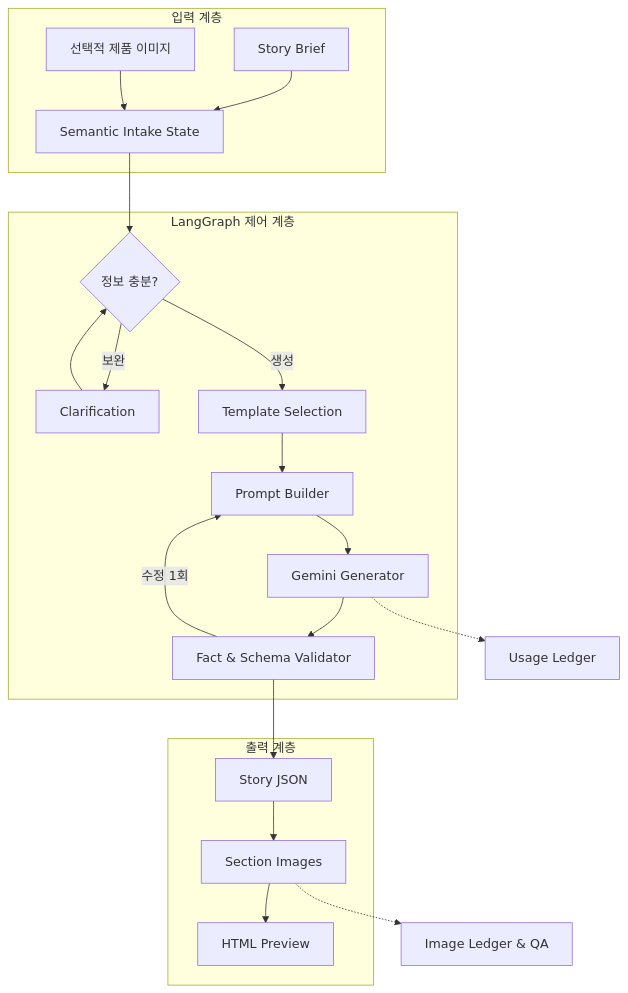
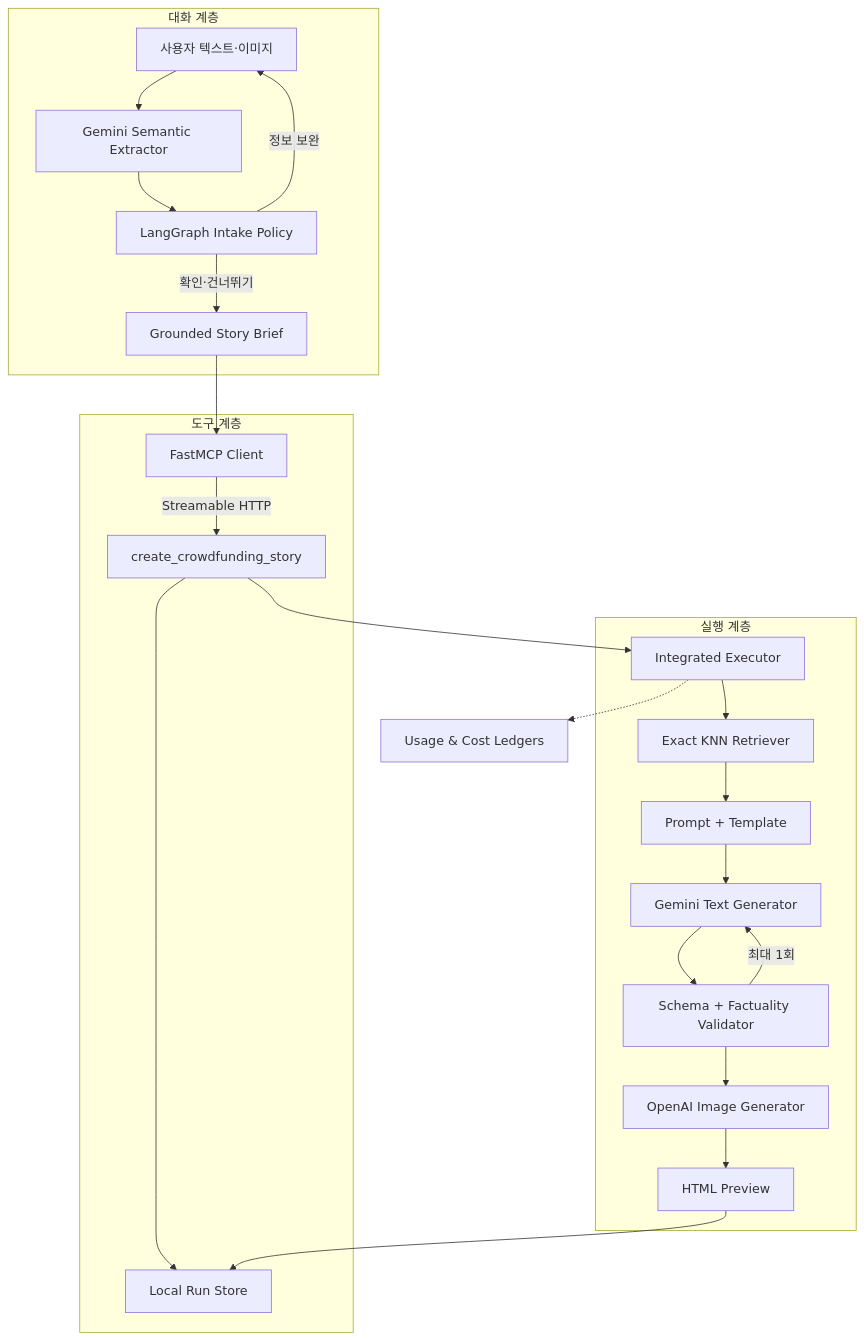
One commit to KT-Cloud-Tech-Up-team6/funding-story-ai changed the diagram in docs/architecture.md. Above: the diagram before and after it, drawn with Mermaid. The commit also changed other lines of this file and 41 other files, not shown here.

First line of the commit message:
Integrate story maker architecture (#1)

````diff
--- a/docs/architecture.md
+++ b/docs/architecture.md
@@ -8,35 +9,29 @@
 ```mermaid
 flowchart TB
-    subgraph Input["입력 계층"]
-        B["Story Brief"]
-        A["선택적 제품 이미지"]
-        S["Semantic Intake State"]
-        B --> S
-        A --> S
+    subgraph Conversation["대화 계층"]
+        U["사용자 텍스트·이미지"] --> X["Gemini Semantic Extractor"]
+        X --> Q["LangGraph Intake Policy"]
+        Q -->|"정보 보완"| U
+        Q -->|"확인·건너뛰기"| B["Grounded Story Brief"]
     end
 
-    subgraph Control["LangGraph 제어 계층"]
-        Q{"정보 충분?"}
-        C["Clarification"]
-        TS["Template Selection"]
-        PB["Prompt Builder"]
-        GG["Gemini Generator"]
-        FV["Fact & Schema Validator"]
-        Q -->|"보완"| C
-        C --> Q
-        Q -->|"생성"| TS --> PB --> GG --> FV
-        FV -->|"수정 1회"| PB
+    subgraph Tool["도구 계층"]
+        B --> C["FastMCP Client"]
+        C -->|"Streamable HTTP"| M["create_crowdfunding_story"]
+        M --> S["Local Run Store"]
     end
 
-    subgraph Output["출력 계층"]
-        SJ["Story JSON"]
-        IG["Section Images"]
-        HP["HTML Preview"]
-        SJ --> IG --> HP
+    subgraph Execution["실행 계층"]
+        M --> E["Integrated Executor"]
+        E --> K["Exact KNN Retriever"]
+        K --> P["Prompt + Template"]
+        P --> G["Gemini Text Generator"]
+        G --> V["Schema + Factuality Validator"]
+        V -->|"최대 1회"| G
+        V --> I["OpenAI Image Generator"]
+        I --> H["HTML Preview"]
     end
 
-    S --> Q
-    FV --> SJ
-    GG -.-> UL["Usage Ledger"]
-    IG -.-> IL["Image Ledger & QA"]
+    E -.-> L["Usage & Cost Ledgers"]
+    H --> S
 ```
````
